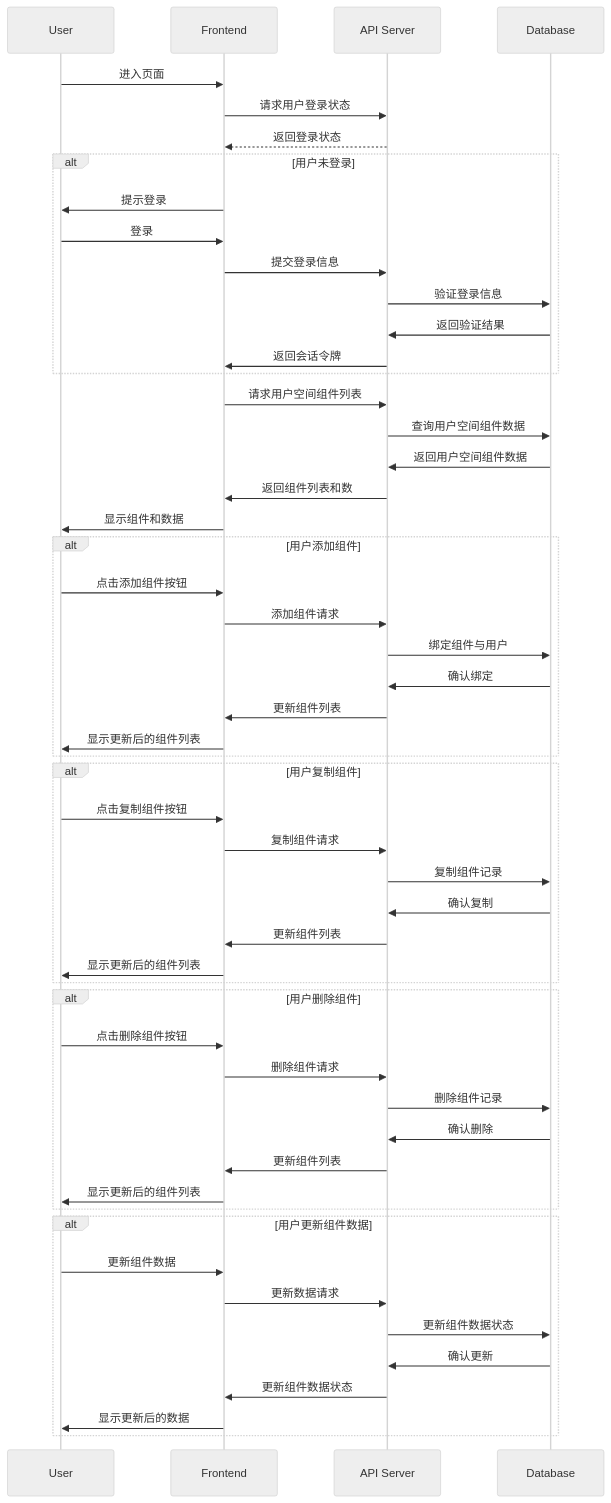
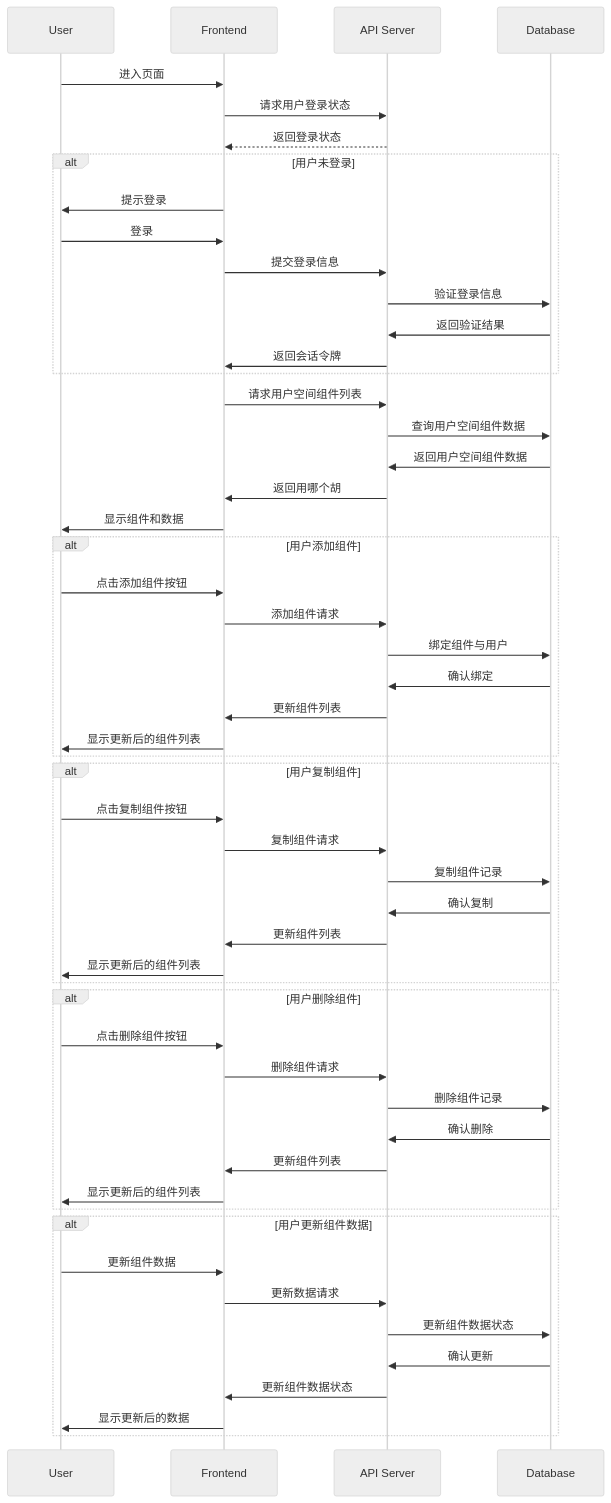
The diagram in all/未命名-7.md (yingjianzh/iodraw-files), drawn with Mermaid (neutral theme) before and after one commit.

Commit message:
2024-10-09 10:20:20 update

````diff
--- a/all/未命名-7.md
+++ b/all/未命名-7.md
@@ -1,62 +1,62 @@
 ```mermaid
 sequenceDiagram
     participant User
     participant Frontend
     participant API Server
     participant Database
 
     User->>Frontend: 进入页面
     Frontend->>API Server: 请求用户登录状态
     API Server-->>Frontend: 返回登录状态
     alt 用户未登录
         Frontend->>User: 提示登录
         User->>Frontend: 登录
         Frontend->>API Server: 提交登录信息
         API Server->>Database: 验证登录信息
         Database->>API Server: 返回验证结果
         API Server->>Frontend: 返回会话令牌
     end
 
     Frontend->>API Server: 请求用户空间组件列表
     API Server->>Database: 查询用户空间组件数据
     Database->>API Server: 返回用户空间组件数据
-    API Server->>Frontend: 返回组件列表和数
+    API Server->>Frontend: 返回用哪个胡
     Frontend->>User: 显示组件和数据
 
     alt 用户添加组件
         User->>Frontend: 点击添加组件按钮
         Frontend->>API Server: 添加组件请求
         API Server->>Database: 绑定组件与用户
         Database->>API Server: 确认绑定
         API Server->>Frontend: 更新组件列表
         Frontend->>User: 显示更新后的组件列表
     end
 
     alt 用户复制组件
         User->>Frontend: 点击复制组件按钮
         Frontend->>API Server: 复制组件请求
         API Server->>Database: 复制组件记录
         Database->>API Server: 确认复制
         API Server->>Frontend: 更新组件列表
         Frontend->>User: 显示更新后的组件列表
     end
 
     alt 用户删除组件
         User->>Frontend: 点击删除组件按钮
         Frontend->>API Server: 删除组件请求
         API Server->>Database: 删除组件记录
         Database->>API Server: 确认删除
         API Server->>Frontend: 更新组件列表
         Frontend->>User: 显示更新后的组件列表
     end
 
     alt 用户更新组件数据
         User->>Frontend: 更新组件数据
         Frontend->>API Server: 更新数据请求
         API Server->>Database: 更新组件数据状态
         Database->>API Server: 确认更新
         API Server->>Frontend: 更新组件数据状态
         Frontend->>User: 显示更新后的数据
     end
 
 ```
````
